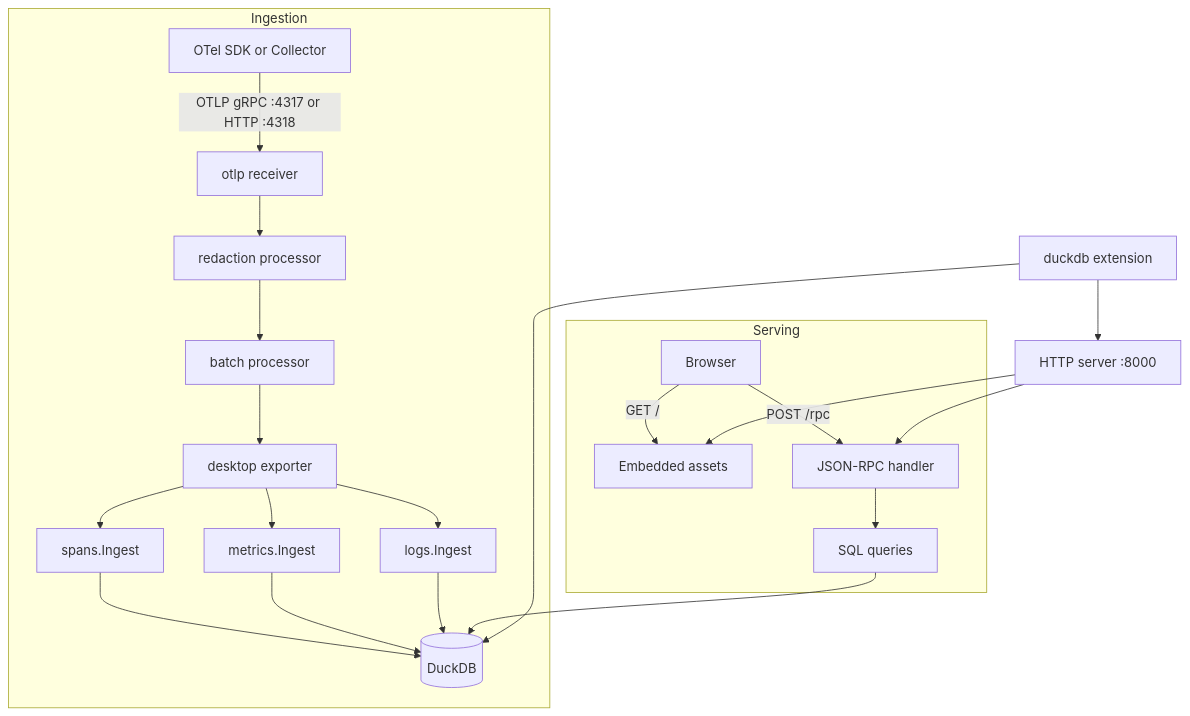
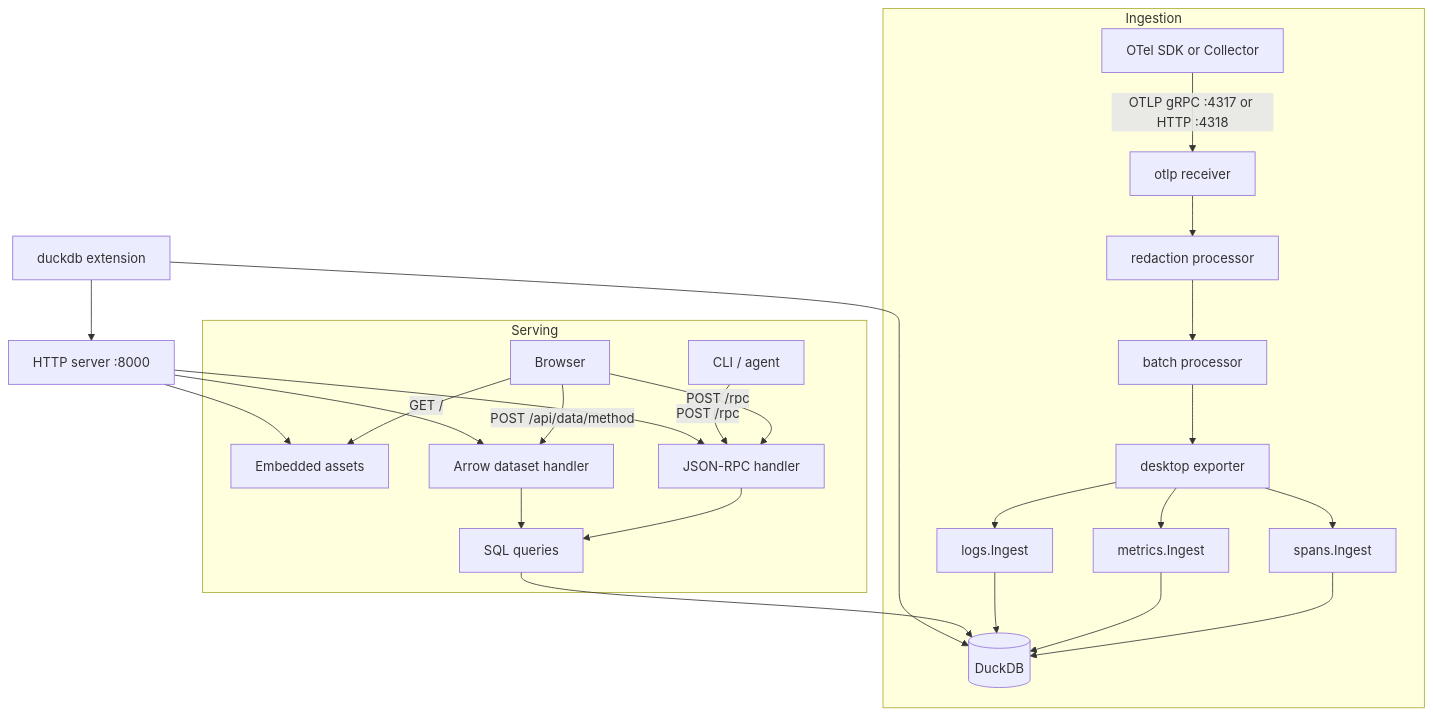
One commit to CtrlSpice/otel-desktop-viewer changed the diagram in docs/ARCHITECTURE.md. Above: the diagram before and after it, drawn with Mermaid. The commit also changed other lines of this file and 13 other files, not shown here.

Commit message:
Align agent summaries and document HTTP API discovery

````diff
--- a/docs/ARCHITECTURE.md
+++ b/docs/ARCHITECTURE.md
@@ -10,27 +10,31 @@
 ```mermaid
 flowchart TB
   subgraph ingest [Ingestion]
     SDK[OTel SDK or Collector] -->|OTLP gRPC :4317 or HTTP :4318| OTLP[otlp receiver]
     OTLP --> Redaction[redaction processor]
     Redaction --> Batch[batch processor]
     Batch --> Desktop[desktop exporter]
     Desktop --> Spans[spans.Ingest]
     Desktop --> Metrics[metrics.Ingest]
     Desktop --> Logs[logs.Ingest]
     Spans --> DuckDB[(DuckDB)]
     Metrics --> DuckDB
     Logs --> DuckDB
   end
 
   subgraph serve [Serving]
     Browser[Browser] -->|GET /| Static[Embedded assets]
     Browser -->|POST /rpc| RPC[JSON-RPC handler]
+    CLI[CLI / agent] -->|POST /rpc| RPC
+    Browser -->|POST /api/data/method| Arrow[Arrow dataset handler]
     RPC --> Queries[SQL queries]
+    Arrow --> Queries
     Queries --> DuckDB
   end
 
   DuckDBExt[duckdb extension] --> DuckDB
   DuckDBExt --> HTTP[HTTP server :8000]
   HTTP --> Static
   HTTP --> RPC
+  HTTP --> Arrow
 ```
````
